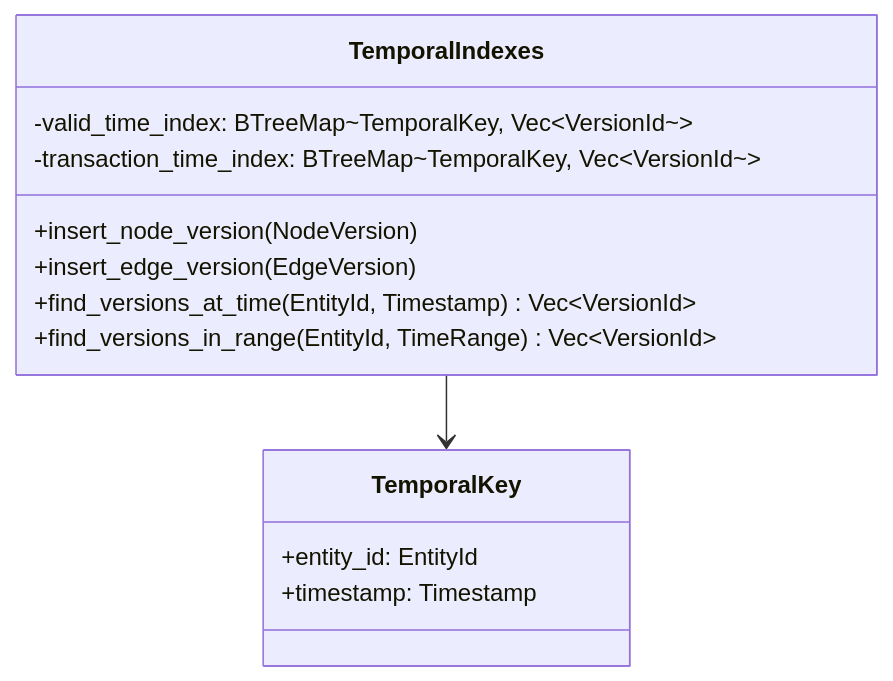
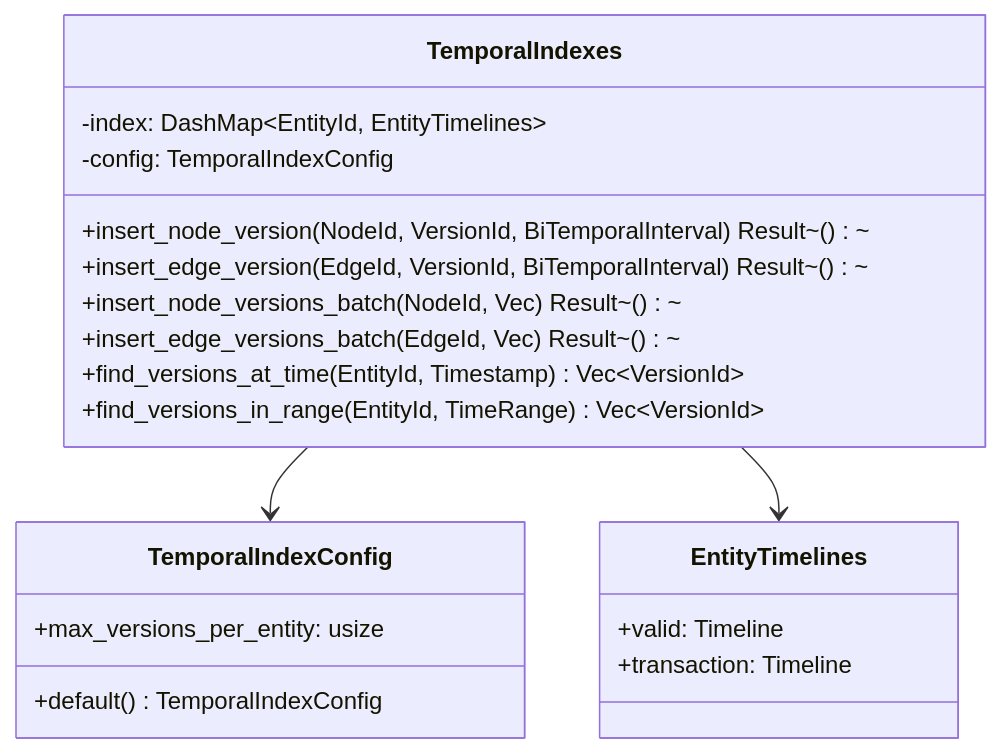
One commit to autumn-foundation/AletheiaDB changed the tenth of 20 diagrams in docs/architecture/index-layer.md. Above: the diagram before and after it, drawn with Mermaid. The commit also changed other lines of this file and 2 other files, not shown here.

First line of the commit message:
docs: Update architecture documentation for temporal index breaking changes

````diff
--- a/docs/architecture/index-layer.md
+++ b/docs/architecture/index-layer.md
@@ -262,18 +262,26 @@
 ```mermaid
 classDiagram
     class TemporalIndexes {
-        -valid_time_index: BTreeMap~TemporalKey, Vec~VersionId~~
-        -transaction_time_index: BTreeMap~TemporalKey, Vec~VersionId~~
-        +insert_node_version(NodeVersion)
-        +insert_edge_version(EdgeVersion)
+        -index: DashMap~EntityId, EntityTimelines~
+        -config: TemporalIndexConfig
+        +insert_node_version(NodeId, VersionId, BiTemporalInterval) Result~()~
+        +insert_edge_version(EdgeId, VersionId, BiTemporalInterval) Result~()~
+        +insert_node_versions_batch(NodeId, Vec) Result~()~
+        +insert_edge_versions_batch(EdgeId, Vec) Result~()~
         +find_versions_at_time(EntityId, Timestamp) Vec~VersionId~
         +find_versions_in_range(EntityId, TimeRange) Vec~VersionId~
     }
 
-    class TemporalKey {
-        +entity_id: EntityId
-        +timestamp: Timestamp
+    class TemporalIndexConfig {
+        +max_versions_per_entity: usize
+        +default() TemporalIndexConfig
     }
 
-    TemporalIndexes --> TemporalKey
+    class EntityTimelines {
+        +valid: Timeline
+        +transaction: Timeline
+    }
+
+    TemporalIndexes --> TemporalIndexConfig
+    TemporalIndexes --> EntityTimelines
 ```
````
